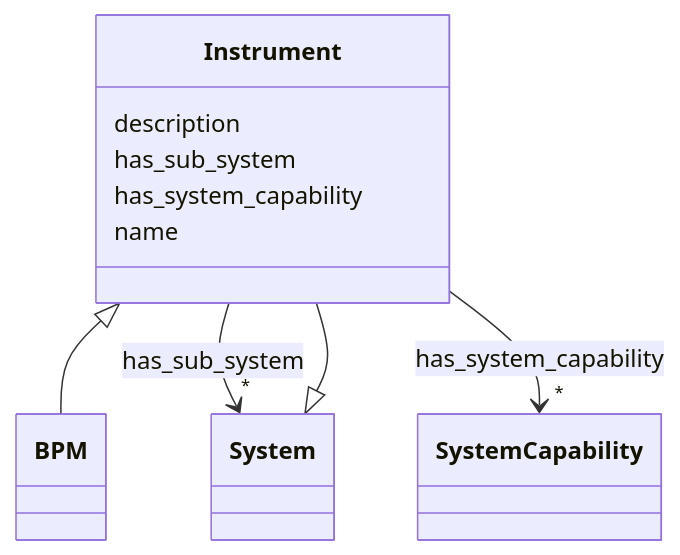
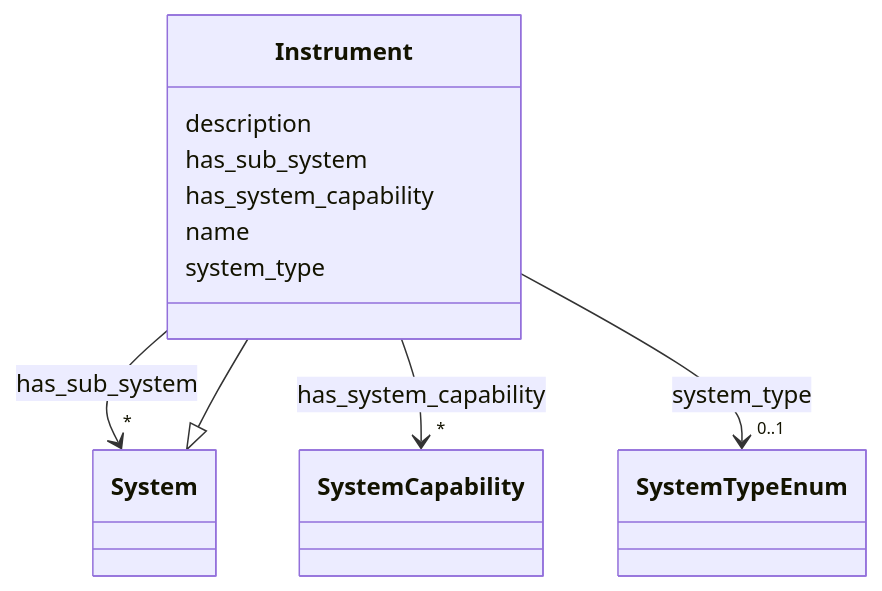
One commit to pals-project/pals-facility-config changed the diagram in docs_narad/Instrument.md. Above: the diagram before and after it, drawn with Mermaid. The commit also changed other lines of this file and 126 other files, not shown here.

````diff
--- a/docs_narad/Instrument.md
+++ b/docs_narad/Instrument.md
@@ -18,40 +18,46 @@
 ```mermaid
  classDiagram
     class Instrument
     click Instrument href "../Instrument/"
       System <|-- Instrument
         click System href "../System/"
       
-
-      Instrument <|-- BPM
-        click BPM href "../BPM/"
-      
-
       Instrument : description
         
       Instrument : has_sub_system
         
           
     
         
         
         Instrument --> "*" System : has_sub_system
         click System href "../System/"
     
 
         
       Instrument : has_system_capability
         
           
     
         
         
         Instrument --> "*" SystemCapability : has_system_capability
         click SystemCapability href "../SystemCapability/"
     
 
         
       Instrument : name
         
+      Instrument : system_type
+        
+          
+    
+        
+        
+        Instrument --> "0..1" SystemTypeEnum : system_type
+        click SystemTypeEnum href "../SystemTypeEnum/"
+    
+
+        
       
 ```
````
